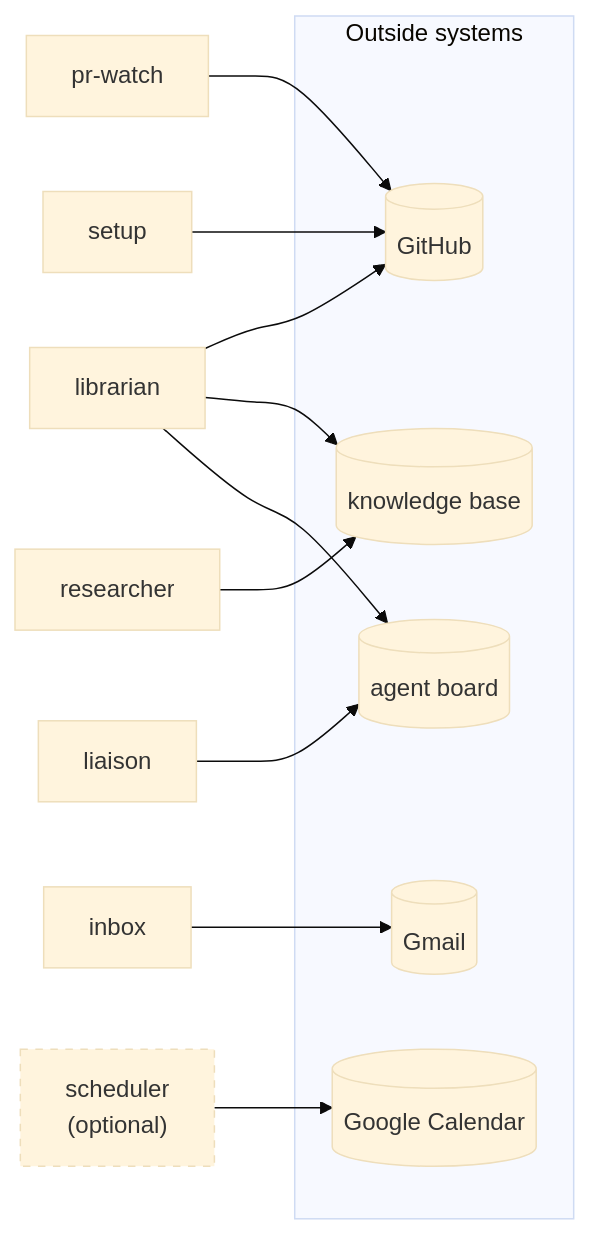
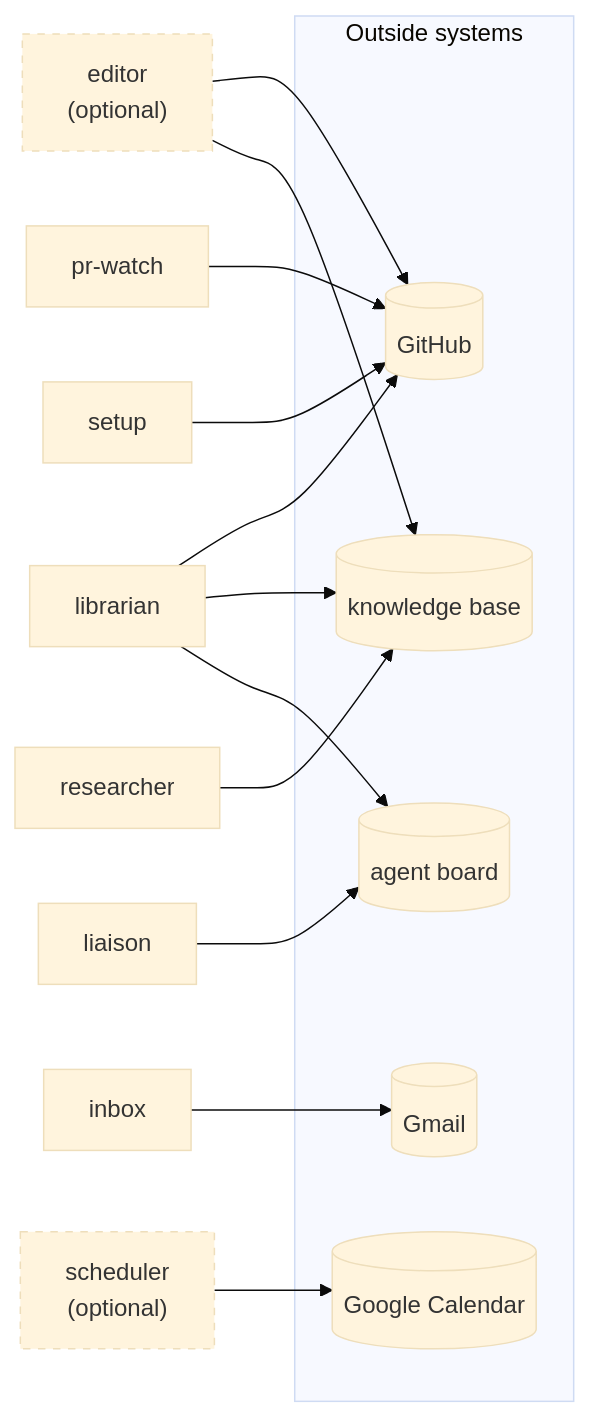
One commit to dfakkeldy/fakkelbot changed the second of 3 diagrams in docs/bot-chart.md. Above: the diagram before and after it, drawn with Mermaid (base theme). The commit also changed other lines of this file, not shown here.

First line of the commit message:
chore: regenerate the bot chart

````diff
--- a/docs/bot-chart.md
+++ b/docs/bot-chart.md
@@ -48,28 +60,31 @@
 ```mermaid
 flowchart LR
+    bot_editor["editor<br/>(optional)"]
     bot_inbox["inbox"]
     bot_liaison["liaison"]
     bot_librarian["librarian"]
     bot_pr_watch["pr-watch"]
     bot_researcher["researcher"]
     bot_scheduler["scheduler<br/>(optional)"]
     bot_setup["setup"]
     subgraph outside["Outside systems"]
         sys_github[("GitHub")]
         sys_kb[("knowledge base")]
         sys_board[("agent board")]
         sys_gmail[("Gmail")]
         sys_gcal[("Google Calendar")]
     end
+    bot_editor --> sys_github
+    bot_editor --> sys_kb
     bot_inbox --> sys_gmail
     bot_liaison --> sys_board
     bot_librarian --> sys_github
     bot_librarian --> sys_kb
     bot_librarian --> sys_board
     bot_pr_watch --> sys_github
     bot_researcher --> sys_kb
     bot_scheduler --> sys_gcal
     bot_setup --> sys_github
     classDef optional stroke-dasharray: 5 5
-    class bot_scheduler optional
+    class bot_editor,bot_scheduler optional
 ```
````
